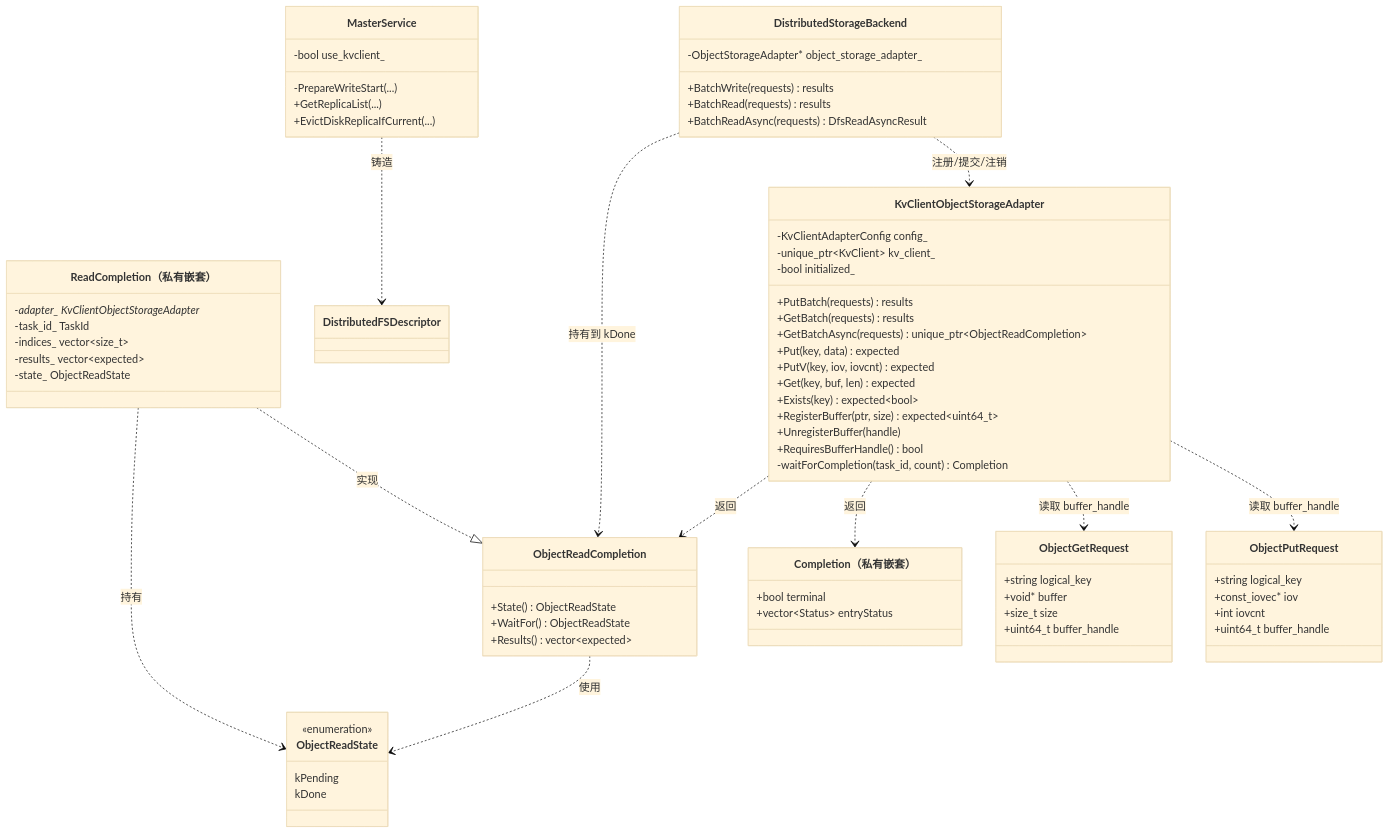
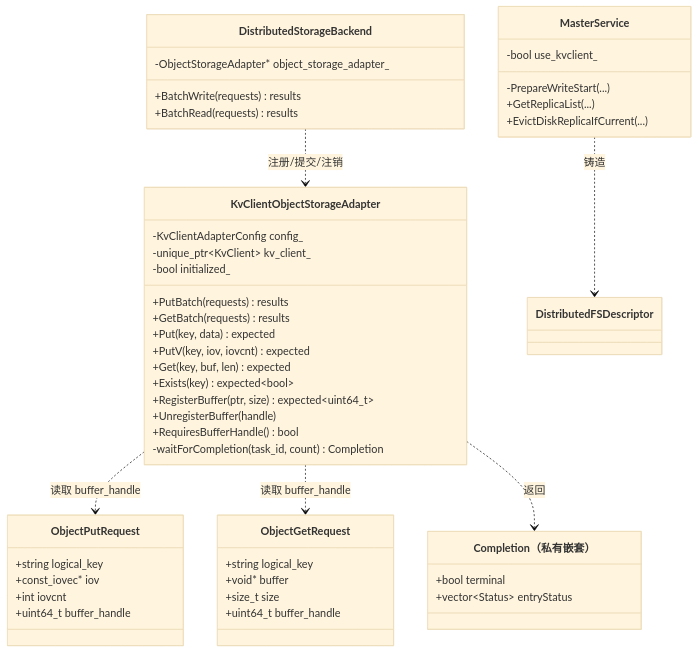
One commit to zwj20000328-dotcom/Mooncake-documents changed the fourth of 11 diagrams in Mooncake + KVClient L3 接入（Kvcs）- PR 实施设计.md. Above: the diagram before and after it, drawn with Mermaid (base theme). The commit also changed other lines of this file and 2 other files, not shown here.

First line of the commit message:
docs: drop the kvclient read completion class

````diff
--- a/Mooncake + KVClient L3 接入（Kvcs）- PR 实施设计.md
+++ b/Mooncake + KVClient L3 接入（Kvcs）- PR 实施设计.md
@@ -623,31 +623,10 @@
         +vector~Status~ entryStatus
     }
 
-    class ObjectReadState {
-        <<enumeration>>
-        kPending
-        kDone
-    }
-
-    class ObjectReadCompletion {
-        +State() ObjectReadState
-        +WaitFor() ObjectReadState
-        +Results() vector~expected~
-    }
-
-    class ReadCompletion["ReadCompletion（私有嵌套）"] {
-        -adapter_ KvClientObjectStorageAdapter*
-        -task_id_ TaskId
-        -indices_ vector~size_t~
-        -results_ vector~expected~
-        -state_ ObjectReadState
-    }
-
     class DistributedStorageBackend {
         -ObjectStorageAdapter* object_storage_adapter_
         +BatchWrite(requests) results
         +BatchRead(requests) results
-        +BatchReadAsync(requests) DfsReadAsyncResult
     }
 
     class KvClientObjectStorageAdapter {
@@ -656,7 +635,6 @@
         -bool initialized_
         +PutBatch(requests) results
         +GetBatch(requests) results
-        +GetBatchAsync(requests) unique_ptr~ObjectReadCompletion~
         +Put(key, data) expected
         +PutV(key, iov, iovcnt) expected
         +Get(key, buf, len) expected
@@ -675,13 +653,8 @@
     }
 
     DistributedStorageBackend ..> KvClientObjectStorageAdapter : 注册/提交/注销
-    DistributedStorageBackend ..> ObjectReadCompletion : 持有到 kDone
     KvClientObjectStorageAdapter ..> ObjectPutRequest : 读取 buffer_handle
     KvClientObjectStorageAdapter ..> ObjectGetRequest : 读取 buffer_handle
     KvClientObjectStorageAdapter ..> Completion : 返回
-    KvClientObjectStorageAdapter ..> ObjectReadCompletion : 返回
-    ObjectReadCompletion ..> ObjectReadState : 使用
-    ReadCompletion ..|> ObjectReadCompletion : 实现
-    ReadCompletion ..> ObjectReadState : 持有
     MasterService ..> DistributedFSDescriptor : 铸造
 ```
````
